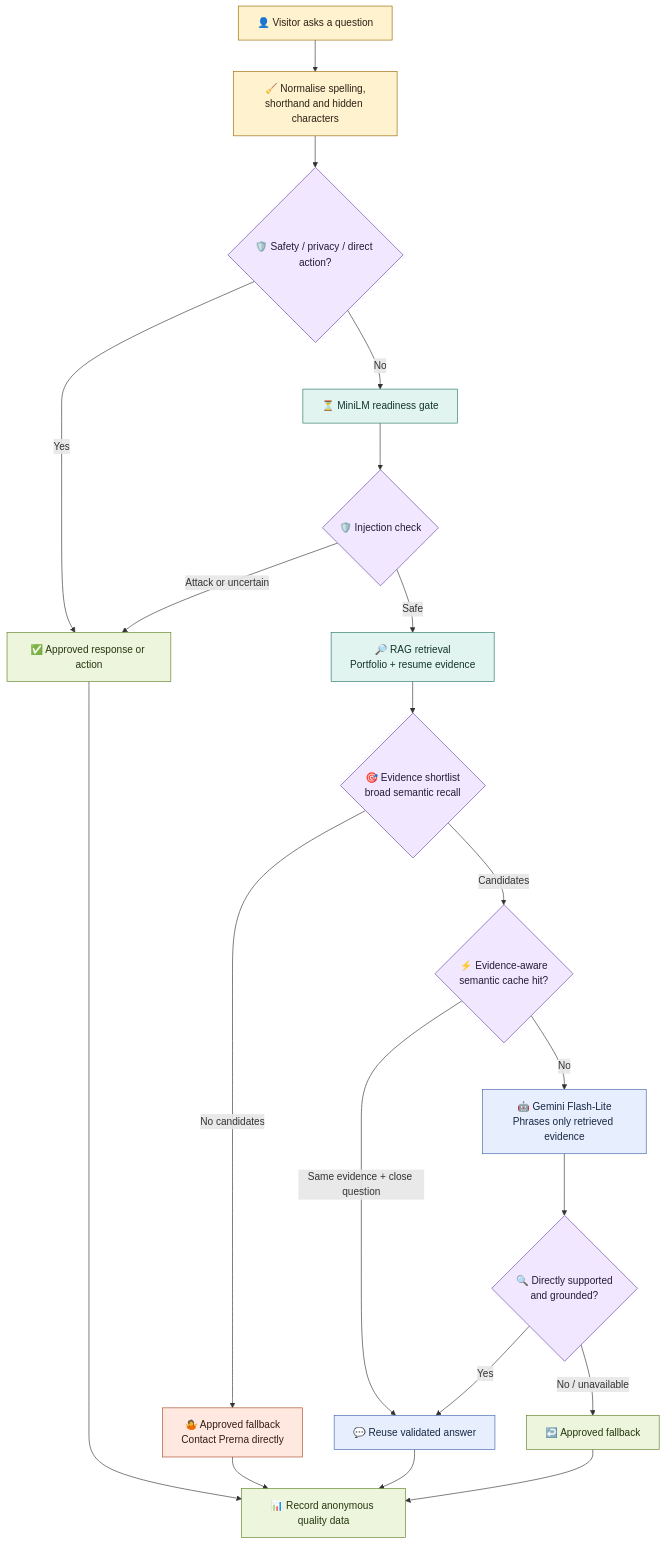
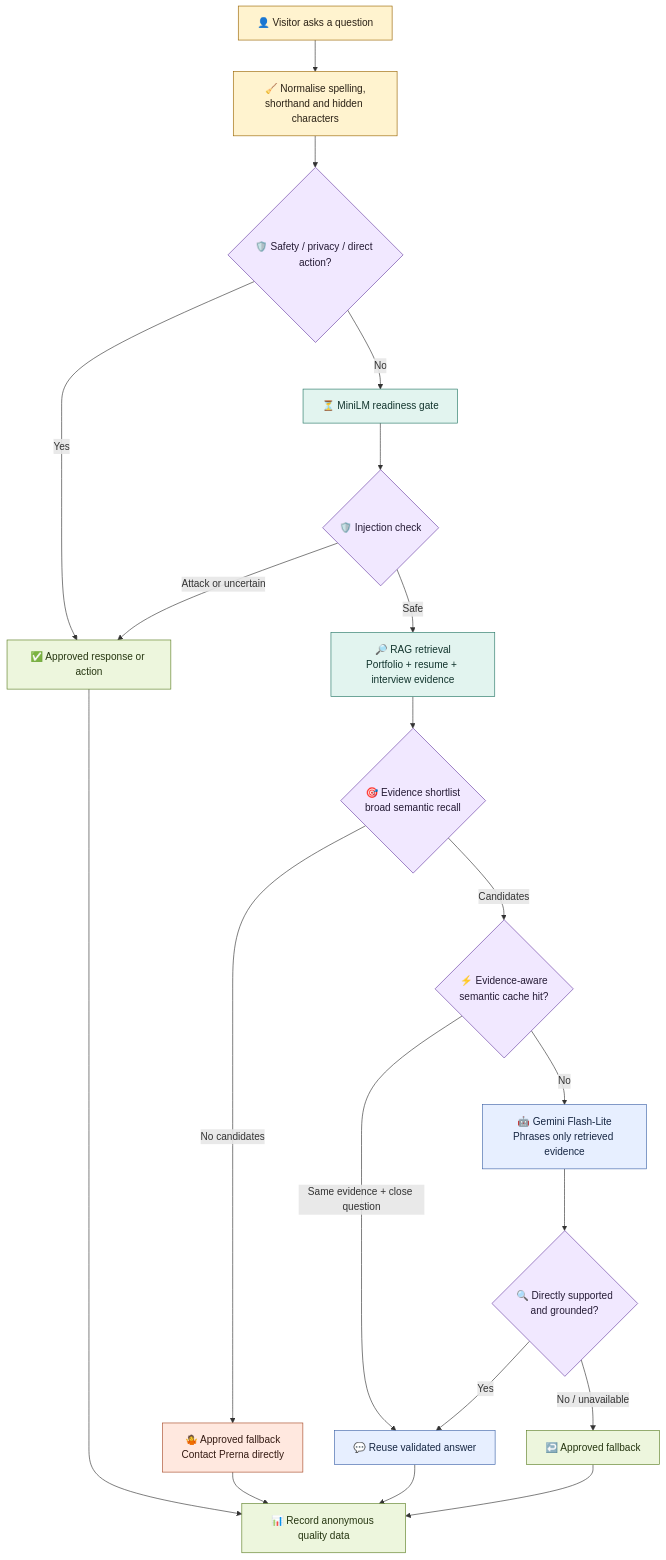
One commit to robona-pk/portfolio changed the first of 2 diagrams in README.md. Above: the diagram before and after it, drawn with Mermaid. The commit also changed other lines of this file and 6 other files, not shown here.

````diff
--- a/README.md
+++ b/README.md
@@ -55,36 +55,36 @@
 ```mermaid
 flowchart TD
     A["👤 Visitor asks a question"] --> B["🧹 Normalise spelling,<br/>shorthand and hidden characters"]
     B --> S{"🛡️ Safety / privacy / direct action?"}
     S -- "Yes" --> G["✅ Approved response or action"]
     S -- "No" --> Q["⏳ MiniLM readiness gate"]
     Q --> I{"🛡️ Injection check"}
     I -- "Attack or uncertain" --> G
-    I -- "Safe" --> H["🔎 RAG retrieval<br/>Portfolio + resume evidence"]
+    I -- "Safe" --> H["🔎 RAG retrieval<br/>Portfolio + resume + interview evidence"]
     H --> P{"🎯 Evidence shortlist<br/>broad semantic recall"}
     P -- "No candidates" --> F["🤷 Approved fallback<br/>Contact Prerna directly"]
     P -- "Candidates" --> C{"⚡ Evidence-aware<br/>semantic cache hit?"}
     C -- "Same evidence + close question" --> M["💬 Reuse validated answer"]
     C -- "No" --> K["🤖 Gemini Flash-Lite<br/>Phrases only retrieved evidence"]
     K --> L{"🔍 Directly supported<br/>and grounded?"}
     L -- "Yes" --> M
     L -- "No / unavailable" --> N["↩️ Approved fallback"]
     G --> O["📊 Record anonymous quality data"]
     F --> O
     M --> O
     N --> O
 
     classDef visitor fill:#fff3cf,stroke:#9a6500,color:#2a2115;
     classDef decision fill:#f1e8ff,stroke:#6941a5,color:#251b35;
     classDef policy fill:#ffe8df,stroke:#a84a28,color:#351b13;
     classDef retrieval fill:#e2f4ef,stroke:#277766,color:#12342d;
     classDef ai fill:#e7efff,stroke:#3f64a8,color:#172743;
     classDef output fill:#edf6dd,stroke:#5d7f25,color:#263611;
 
     class A,B visitor;
     class S,I,P,C,L decision;
     class F,G policy;
     class H,Q retrieval;
     class K,M ai;
     class G,N,O output;
 ```
````
